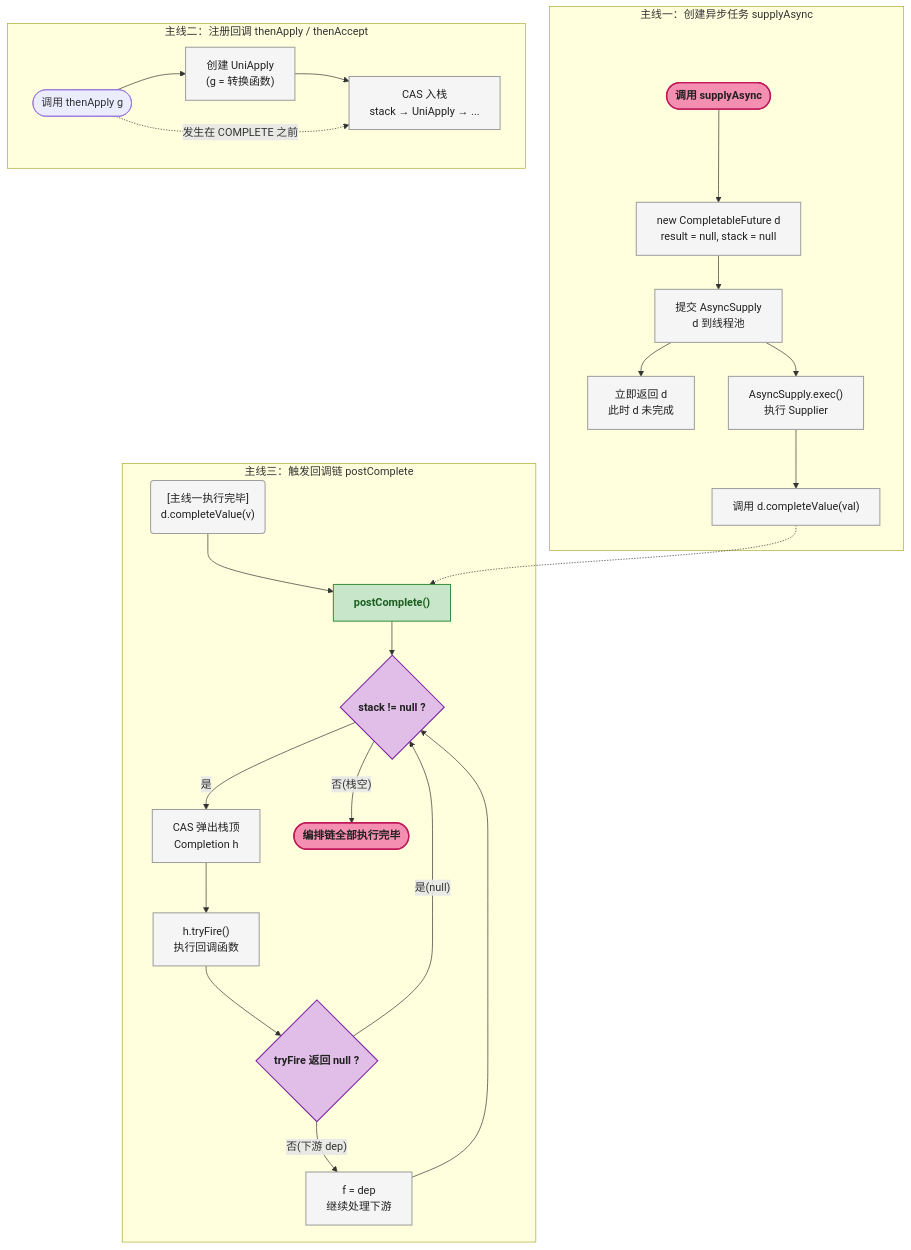
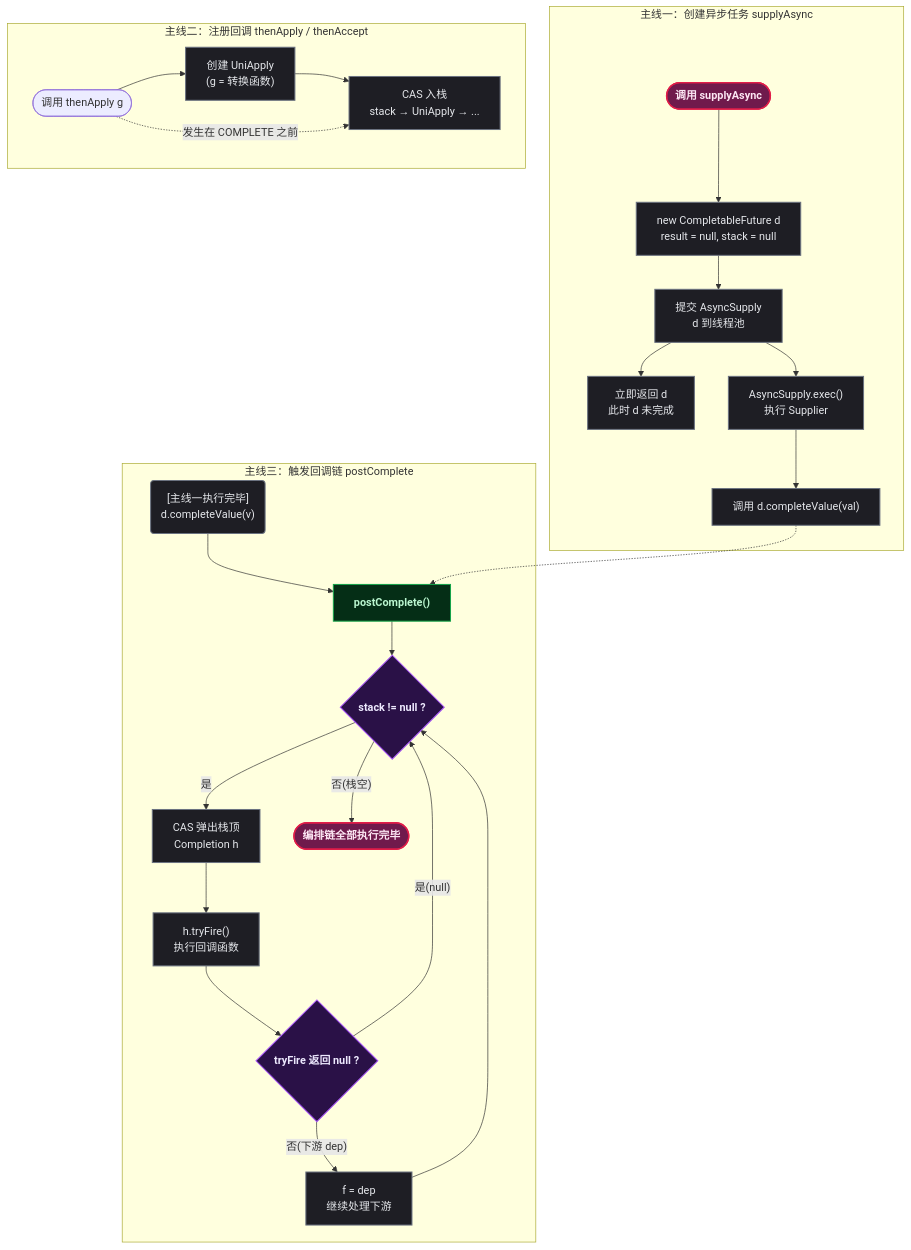
The second of 4 diagrams in content/posts/concurrency/CompletableFuture.md (yaocat55/yaocat55.github.io), drawn with Mermaid before and after one commit. The commit also changed other lines of this file and 155 other files, not shown here.

````diff
--- a/content/posts/concurrency/CompletableFuture.md
+++ b/content/posts/concurrency/CompletableFuture.md
@@ -277,50 +277,50 @@
 ```mermaid
 flowchart TD
-    classDef startEnd fill:#F48FB1,stroke:#C2185B,stroke-width:2px,color:#212121,font-weight:bold;
-    classDef condition fill:#E1BEE7,stroke:#7B1FA2,stroke-width:1.5px,color:#212121,font-weight:bold;
-    classDef process fill:#F5F5F5,stroke:#9E9E9E,stroke-width:1.5px,color:#212121;
-    classDef data fill:#C8E6C9,stroke:#388E3C,stroke-width:1.5px,color:#1B5E20,font-weight:bold;
+classDef startEnd fill:#701a4c,stroke:#e11d48,stroke-width:2px,color:#fce7f3,font-weight:bold;;
+classDef condition fill:#2a1147,stroke:#a855f7,stroke-width:1.5px,color:#ede9fe,font-weight:bold;;
+classDef process fill:#1e1e24,stroke:#6b7280,stroke-width:1.5px,color:#e5e7eb;
+classDef data fill:#052e16,stroke:#16a34a,stroke-width:1.5px,color:#bbf7d0,font-weight:bold;;
 
     %% ==========================================
     %% 主线一：创建异步任务
     %% ==========================================
     subgraph CREATE ["主线一：创建异步任务 supplyAsync"]
         START_CF([调用 supplyAsync]) --> NEW_CF["new CompletableFuture d\nresult = null, stack = null"]
         NEW_CF --> SUBMIT["提交 AsyncSupply\nd 到线程池"]
         SUBMIT --> RETURN["立即返回 d\n此时 d 未完成"]
         SUBMIT --> ASYNC["AsyncSupply.exec()\n执行 Supplier"]
         ASYNC --> COMPLETE["调用 d.completeValue(val)"]
     end
 
     %% ==========================================
     %% 主线二：注册回调
     %% ==========================================
     subgraph REGISTER ["主线二：注册回调 thenApply / thenAccept"]
         CALLBACK([调用 thenApply g]) --> NEW_COMP["创建 UniApply\n(g = 转换函数)"]
         NEW_COMP --> PUSH["CAS 入栈\nstack → UniApply → ..."]
     end
 
     %% ==========================================
     %% 主线三：触发回调链
     %% ==========================================
     subgraph TRIGGER ["主线三：触发回调链 postComplete"]
         POST("[主线一执行完毕]\nd.completeValue(v)") --> PCM["postComplete()"]
         PCM --> LOOP{"stack != null ?"}
         LOOP -- 是 --> POP["CAS 弹出栈顶\nCompletion h"]
         POP --> FIRE["h.tryFire()\n执行回调函数"]
         FIRE --> CHECK{"tryFire 返回 null ?"}
         CHECK -- 是(null) --> LOOP
         CHECK -- 否(下游 dep) --> NEXT["f = dep\n继续处理下游"]
         NEXT --> LOOP
         LOOP -- 否(栈空) --> DONE([编排链全部执行完毕])
     end
 
     %% 虚线关联
     COMPLETE -.-> PCM
     CALLBACK -.->|发生在 COMPLETE 之前| PUSH
 
     class START_CF,DONE startEnd;
     class LOOP,CHECK condition;
     class NEW_CF,RETURN,SUBMIT,ASYNC,COMPLETE,NEW_COMP,PUSH,POST,POP,FIRE,NEXT process;
     class PCM data;
 ```
````
